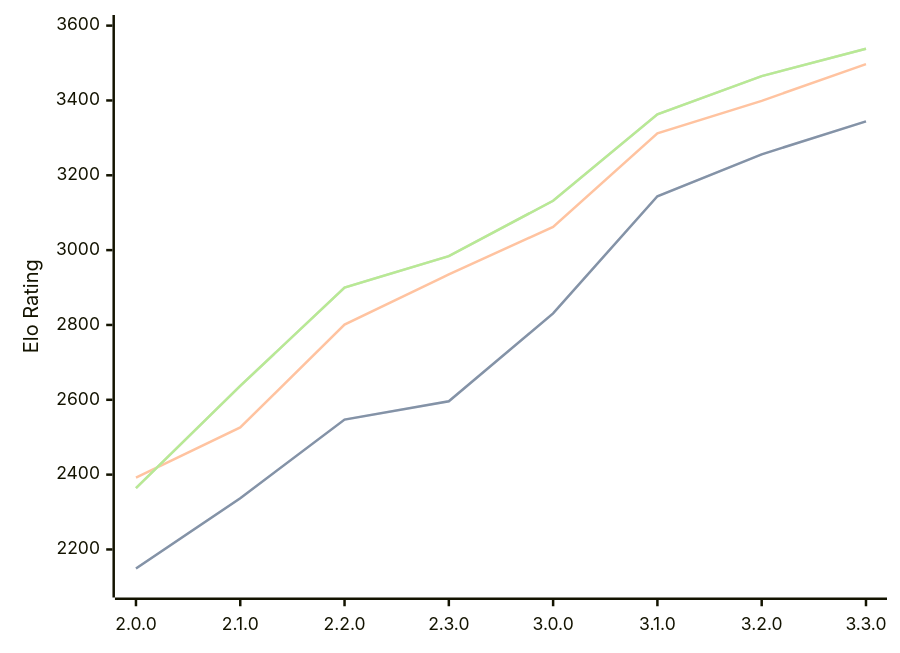
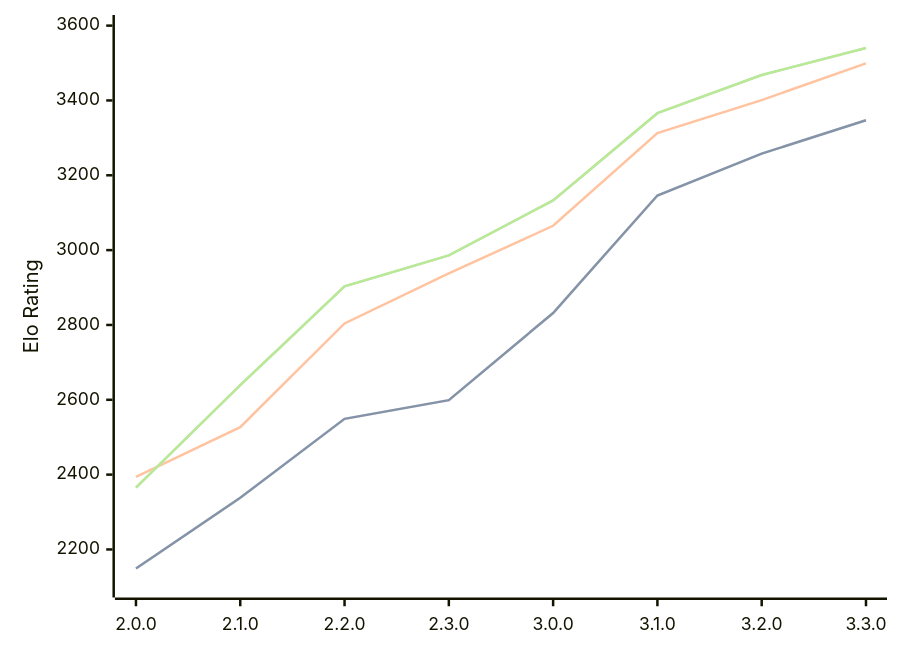
One commit to computer-chess-index/cci changed the diagram in engines/Raphael.md. Above: the diagram before and after it, drawn with Mermaid. The commit also changed other lines of this file, not shown here.

Commit message:
Update CCI Ratings (ELO VLTC) - 2026-04-11

````diff
--- a/engines/Raphael.md
+++ b/engines/Raphael.md
@@ -50,11 +50,11 @@
 ```mermaid
 %%{init: {"theme":"base","themeVariables":{"seriesColors:['#a3a3a3','#222221','#faa371']}}}%%
 xychart-beta
   x-axis ["2.0.0", "2.1.0", "2.2.0", "2.3.0", "3.0.0", "3.1.0", "3.2.0", "3.3.0"]
   y-axis "Elo Rating" 2100 --> 3600
-  line "STC (8.0+0.08s)" [2149, 2337, 2547, 2596, 2831, 3144, 3256, 3344]
-  line "STC (8.0+0.08s)" [2149, 2337, 2547, 2596, 2831, 3144, 3256, 3344]
-  line "LTC (60.0+0.60s)" [2392, 2526, 2801, 2935, 3062, 3312, 3399, 3497]
-  line "VLTC (2m24s+1.12s)" [2364, 2637, 2900, 2984, 3132, 3363, 3465, 3538]
-  line "VLTC (2m24s+1.12s)" [2364, 2637, 2900, 2984, 3132, 3363, 3465, 3538]
+  line "STC (8.0+0.08s)" [2149, 2338, 2549, 2599, 2832, 3146, 3258, 3347]
+  line "STC (8.0+0.08s)" [2149, 2338, 2549, 2599, 2832, 3146, 3258, 3347]
+  line "LTC (60.0+0.60s)" [2394, 2527, 2804, 2938, 3065, 3313, 3401, 3499]
+  line "VLTC (2m24s+1.12s)" [2365, 2639, 2903, 2986, 3133, 3366, 3468, 3540]
+  line "VLTC (2m24s+1.12s)" [2365, 2639, 2903, 2986, 3133, 3366, 3468, 3540]
 ```
````
